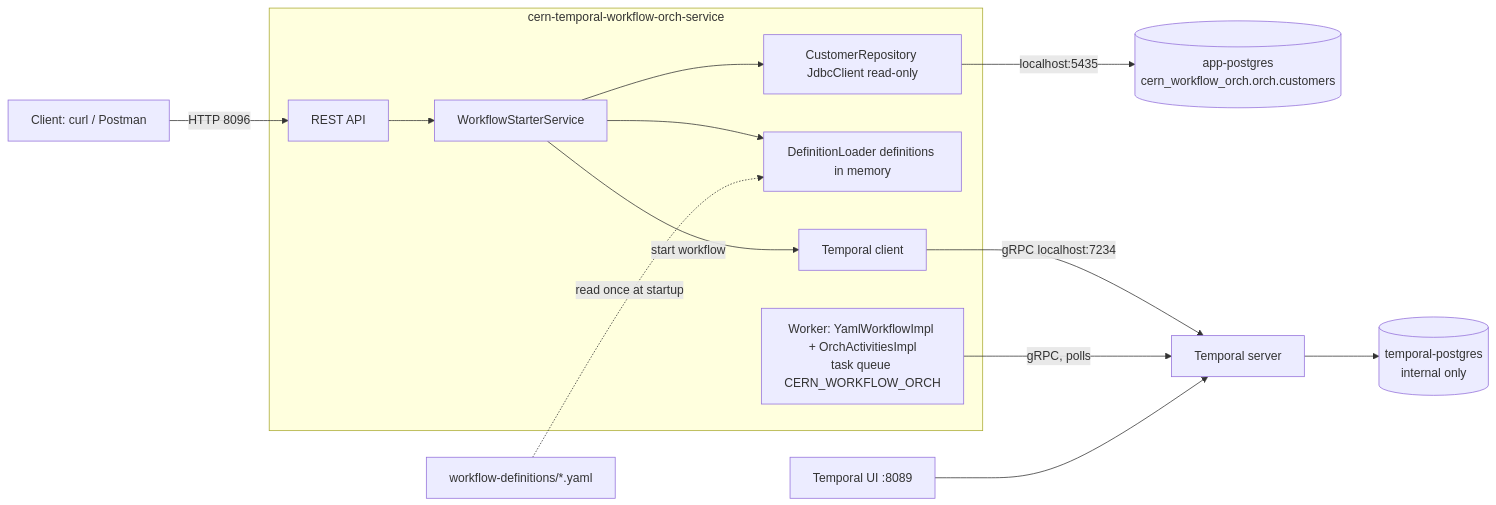
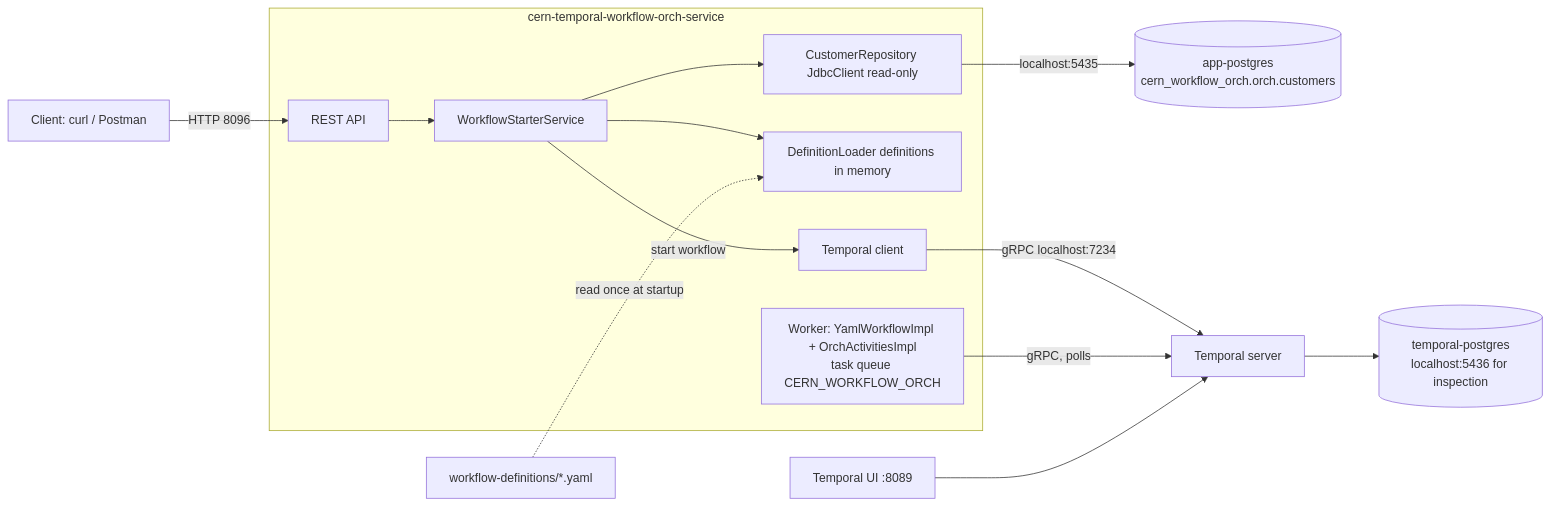
The first of 2 diagrams in docs/phase-1/03-architecture.md (Anuj-Gaonkar/temporal-poc), drawn with Mermaid before and after one commit. The commit also changed 5 other files, not shown here.

Commit message:
Publish Temporal Postgres on localhost:5436 for DBeaver; add Temporal DB stats tool

````diff
--- a/docs/phase-1/03-architecture.md
+++ b/docs/phase-1/03-architecture.md
@@ -5,17 +5,17 @@
 ```mermaid
 flowchart LR
   client[Client: curl / Postman] -->|HTTP 8096| api[REST API]
   subgraph app[cern-temporal-workflow-orch-service]
     api --> starter[WorkflowStarterService]
     starter --> repo[CustomerRepository JdbcClient read-only]
     starter --> defs[DefinitionLoader definitions in memory]
     starter -->|start workflow| tclient[Temporal client]
     worker[Worker: YamlWorkflowImpl + OrchActivitiesImpl<br/>task queue CERN_WORKFLOW_ORCH]
   end
   repo -->|localhost:5435| appdb[(app-postgres<br/>cern_workflow_orch.orch.customers)]
   tclient -->|gRPC localhost:7234| temporal[Temporal server]
   worker -->|gRPC, polls| temporal
-  temporal --> tdb[(temporal-postgres<br/>internal only)]
+  temporal --> tdb[(temporal-postgres<br/>localhost:5436 for inspection)]
   ui[Temporal UI :8089] --> temporal
   yaml[workflow-definitions/*.yaml] -.read once at startup.-> defs
 ```
````
